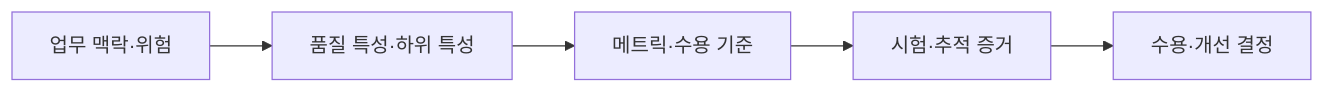
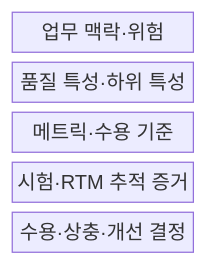
The first of 2 diagrams in src/content/docs/notes/06-evaluation/030_quality_characteristics.md (agnusdei1207/knowledge-base), drawn with Mermaid before and after one commit. The commit also changed other lines of this file and 6 other files, not shown here.

````diff
--- a/src/content/docs/notes/06-evaluation/030_quality_characteristics.md
+++ b/src/content/docs/notes/06-evaluation/030_quality_characteristics.md
@@ -63,7 +64,9 @@
 ```mermaid
-flowchart LR
-    A[업무 맥락·위험] --> B[품질 특성·하위 특성]
-    B --> C[메트릭·수용 기준]
-    C --> D[시험·추적 증거]
-    D --> E[수용·개선 결정]
+block-beta
+  columns 1
+  B["업무 맥락·위험"]
+  C["품질 특성·하위 특성"]
+  M["메트릭·수용 기준"]
+  T["시험·RTM 추적 증거"]
+  D["수용·상충·개선 결정"]
 ```
````
